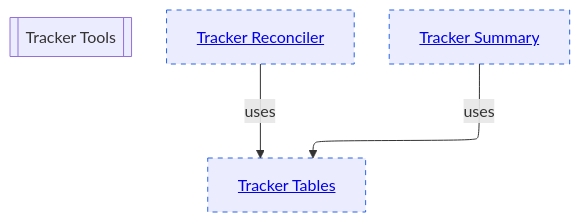
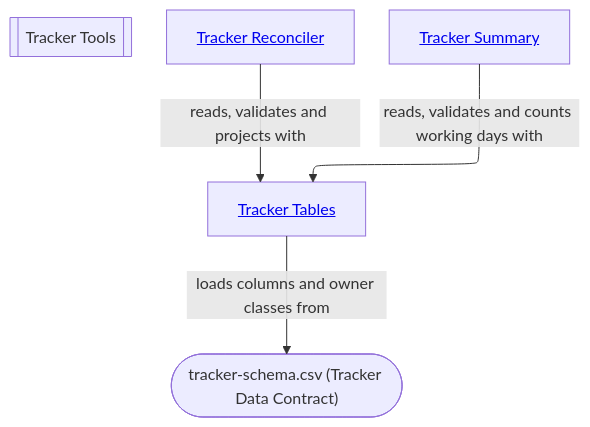
The diagram in tracker-tools/README.md (vrparthasarathy/migration-job-discovery), drawn with Mermaid before and after one commit. The commit also changed other lines of this file and 117 other files, not shown here.

````diff
--- a/tracker-tools/README.md
+++ b/tracker-tools/README.md
@@ -66,15 +31,16 @@
 ```mermaid
 ---
 config:
   layout: elk
 ---
 %%{init: {"securityLevel": "loose"}}%%
 flowchart TB
   grp[["Tracker Tools"]]
-  tracker_tables["<a href='tracker-tables/README.md#planned-diagram'>Tracker Tables</a>"]:::planned
-  tracker_reconciler["<a href='tracker-reconciler/README.md#planned-diagram'>Tracker Reconciler</a>"]:::planned
-  tracker_summary["<a href='tracker-summary/README.md#planned-diagram'>Tracker Summary</a>"]:::planned
-  tracker_reconciler -->|"uses"| tracker_tables
-  tracker_summary -->|"uses"| tracker_tables
-  classDef planned stroke-dasharray: 5 5,stroke:#2563eb
+  tracker_tables["<a href='tracker-tables/README.md#diagram'>Tracker Tables</a>"]
+  tracker_reconciler["<a href='tracker-reconciler/README.md#diagram'>Tracker Reconciler</a>"]
+  tracker_summary["<a href='tracker-summary/README.md#diagram'>Tracker Summary</a>"]
+  schema(["tracker-schema.csv (Tracker Data Contract)"])
+  tracker_reconciler -->|"reads, validates and projects with"| tracker_tables
+  tracker_summary -->|"reads, validates and counts working days with"| tracker_tables
+  tracker_tables -->|"loads columns and owner classes from"| schema
 ```
````
